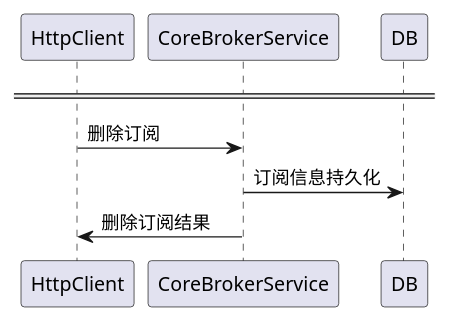
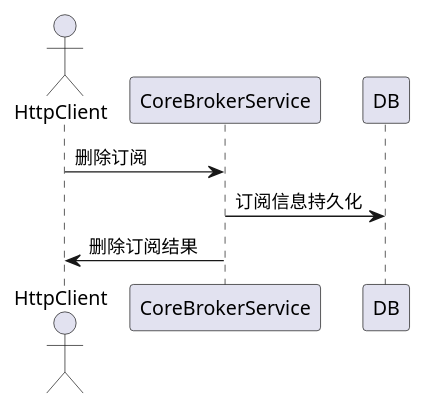
Before and after one commit to tkeel-io/docs: the seventh of 9 diagrams in docs/api/appendix/plantuml/core_broker.md, drawn with PlantUML. The commit also changed other lines of this file and 2 other files, not shown here.

````diff
--- a/docs/api/appendix/plantuml/core_broker.md
+++ b/docs/api/appendix/plantuml/core_broker.md
@@ -104,8 +94,11 @@
 ```plantuml
 @startuml
-====
+actor HttpClient
+participant CoreBrokerService
+participant DB
+
 HttpClient->CoreBrokerService:删除订阅
 CoreBrokerService->DB:订阅信息持久化
 CoreBrokerService->HttpClient:删除订阅结果
 @enduml
 ```
````
